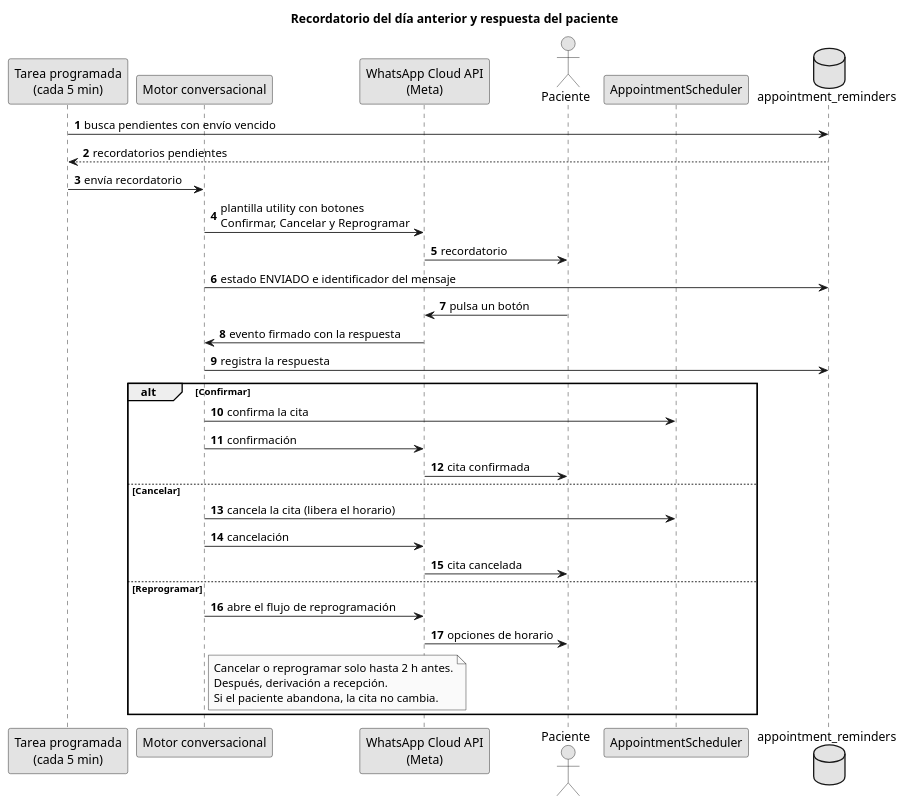
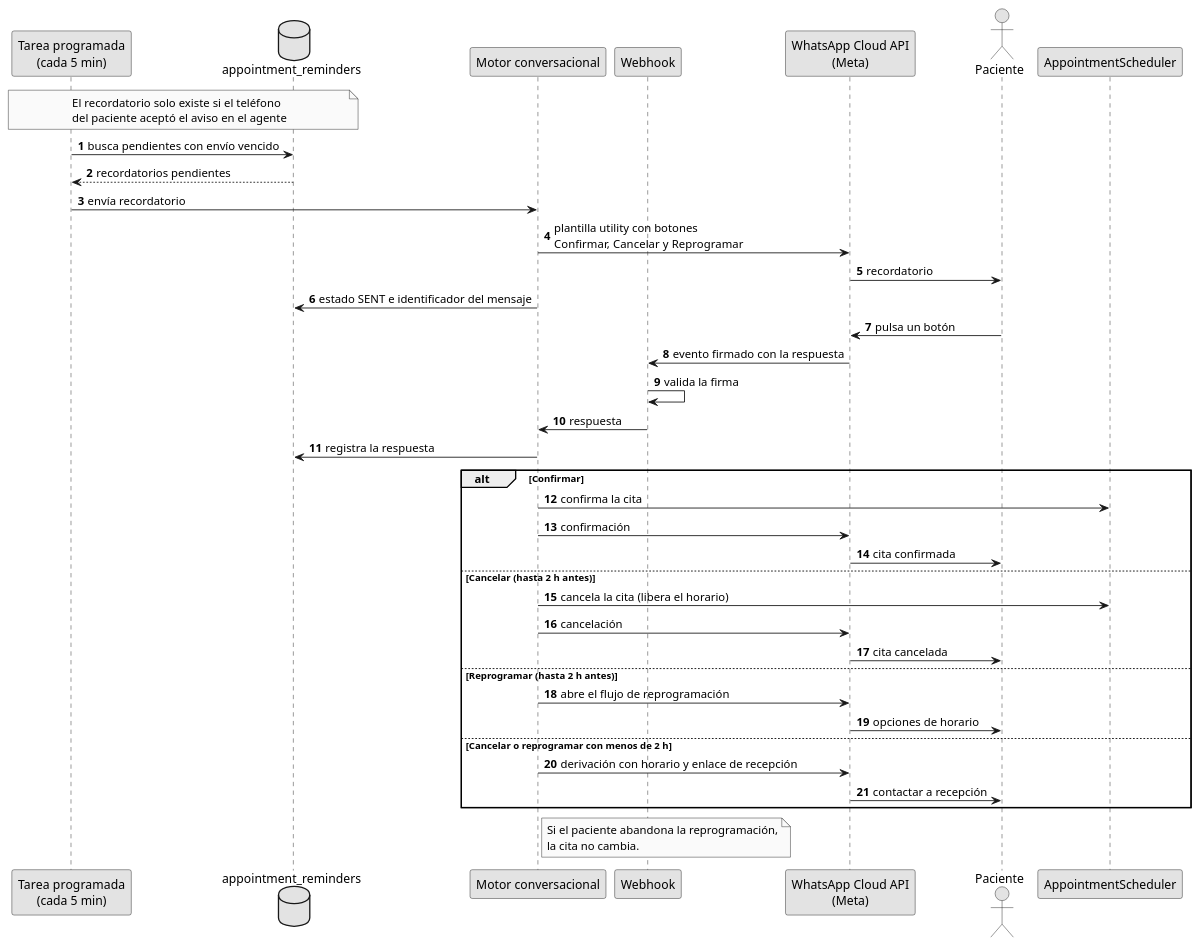
One commit to JaviFiallos/bachelor-latex-thesis changed the diagram in diagramas/plantuml/secuencia_recordatorio.puml. Above: the diagram before and after it, drawn with PlantUML. The commit also changed 31 other files, not shown here.

```diff
--- a/diagramas/plantuml/secuencia_recordatorio.puml
+++ b/diagramas/plantuml/secuencia_recordatorio.puml
@@ -1,43 +1,52 @@
 @startuml secuencia_recordatorio
-title Recordatorio del día anterior y respuesta del paciente
 
 skinparam monochrome true
 skinparam shadowing false
 skinparam defaultFontName Arial
 autonumber
 
 participant "Tarea programada\n(cada 5 min)" as Tarea
+database "appointment_reminders" as Recordatorios
 participant "Motor conversacional" as Motor
+participant "Webhook" as Webhook
 participant "WhatsApp Cloud API\n(Meta)" as Meta
 actor "Paciente" as Paciente
 participant "AppointmentScheduler" as Agenda
-database "appointment_reminders" as Recordatorios
+
+note over Tarea, Recordatorios
+  El recordatorio solo existe si el teléfono
+  del paciente aceptó el aviso en el agente
+end note
 
 Tarea -> Recordatorios : busca pendientes con envío vencido
 Recordatorios --> Tarea : recordatorios pendientes
 Tarea -> Motor : envía recordatorio
 Motor -> Meta : plantilla utility con botones\nConfirmar, Cancelar y Reprogramar
 Meta -> Paciente : recordatorio
-Motor -> Recordatorios : estado ENVIADO e identificador del mensaje
+Motor -> Recordatorios : estado SENT e identificador del mensaje
 Paciente -> Meta : pulsa un botón
-Meta -> Motor : evento firmado con la respuesta
+Meta -> Webhook : evento firmado con la respuesta
+Webhook -> Webhook : valida la firma
+Webhook -> Motor : respuesta
 Motor -> Recordatorios : registra la respuesta
 
 alt Confirmar
   Motor -> Agenda : confirma la cita
   Motor -> Meta : confirmación
   Meta -> Paciente : cita confirmada
-else Cancelar
+else Cancelar (hasta 2 h antes)
   Motor -> Agenda : cancela la cita (libera el horario)
   Motor -> Meta : cancelación
   Meta -> Paciente : cita cancelada
-else Reprogramar
+else Reprogramar (hasta 2 h antes)
   Motor -> Meta : abre el flujo de reprogramación
   Meta -> Paciente : opciones de horario
-  note right of Motor
-    Cancelar o reprogramar solo hasta 2 h antes.
-    Después, derivación a recepción.
-    Si el paciente abandona, la cita no cambia.
-  end note
+else Cancelar o reprogramar con menos de 2 h
+  Motor -> Meta : derivación con horario y enlace de recepción
+  Meta -> Paciente : contactar a recepción
 end
+note right of Motor
+  Si el paciente abandona la reprogramación,
+  la cita no cambia.
+end note
 @enduml
```
